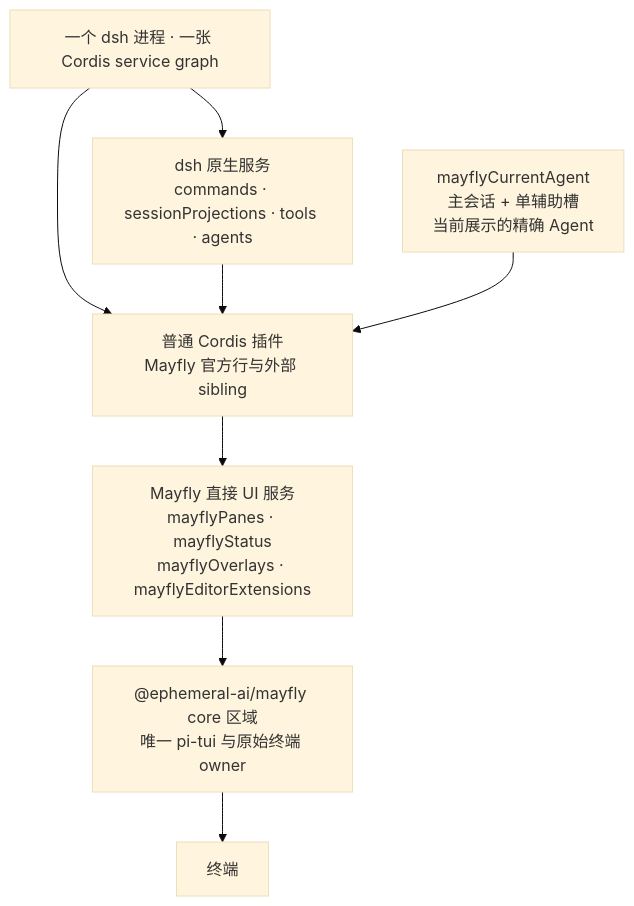
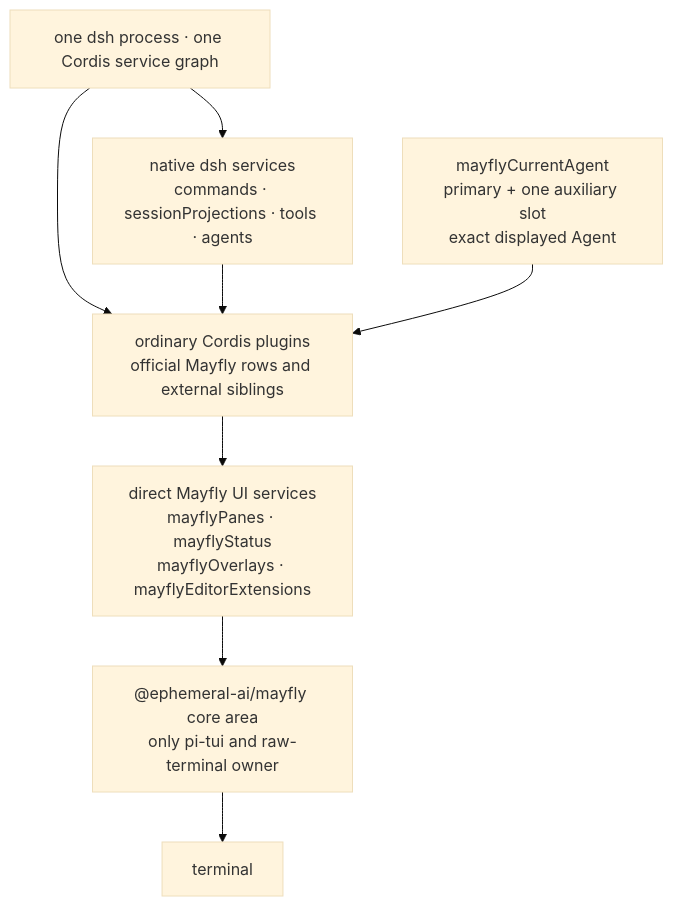
Before and after one commit to Ephemeral-AI-Lab/mayfly: the first of 2 diagrams in docs/mayfly-architecture.md, drawn with Mermaid (base theme). The commit also changed other lines of this file and 34 other files, not shown here.

````diff
--- a/docs/mayfly-architecture.md
+++ b/docs/mayfly-architecture.md
@@ -8,18 +9,18 @@
 ```mermaid
 flowchart TB
-    ROOT["一个 dsh 进程 · 一张 Cordis service graph"]
-    DSH["dsh 原生服务<br/>commands · sessionProjections · tools · agents"]
-    PLUGIN["普通 Cordis 插件<br/>Mayfly 官方行与外部 sibling"]
-    AGENT["mayflyCurrentAgent<br/>主会话 + 单辅助槽<br/>当前展示的精确 Agent"]
-    UI["Mayfly 直接 UI 服务<br/>mayflyPanes · mayflyStatus<br/>mayflyOverlays · mayflyEditorExtensions"]
-    CORE["@ephemeral-ai/mayfly core 区域<br/>唯一 pi-tui 与原始终端 owner"]
-    TERM["终端"]
+    ROOT["one dsh process · one Cordis service graph"]
+    DSH["native dsh services<br/>commands · sessionProjections · tools · agents"]
+    PLUGIN["ordinary Cordis plugins<br/>official Mayfly rows and external siblings"]
+    AGENT["mayflyCurrentAgent<br/>primary + one auxiliary slot<br/>exact displayed Agent"]
+    UI["direct Mayfly UI services<br/>mayflyPanes · mayflyStatus<br/>mayflyOverlays · mayflyEditorExtensions"]
+    CORE["@ephemeral-ai/mayfly core area<br/>only pi-tui and raw-terminal owner"]
+    TERM["terminal"]
 
     ROOT --> DSH
     ROOT --> PLUGIN
     DSH --> PLUGIN
     AGENT --> PLUGIN
     PLUGIN --> UI
     UI --> CORE
     CORE --> TERM
 ```
````
